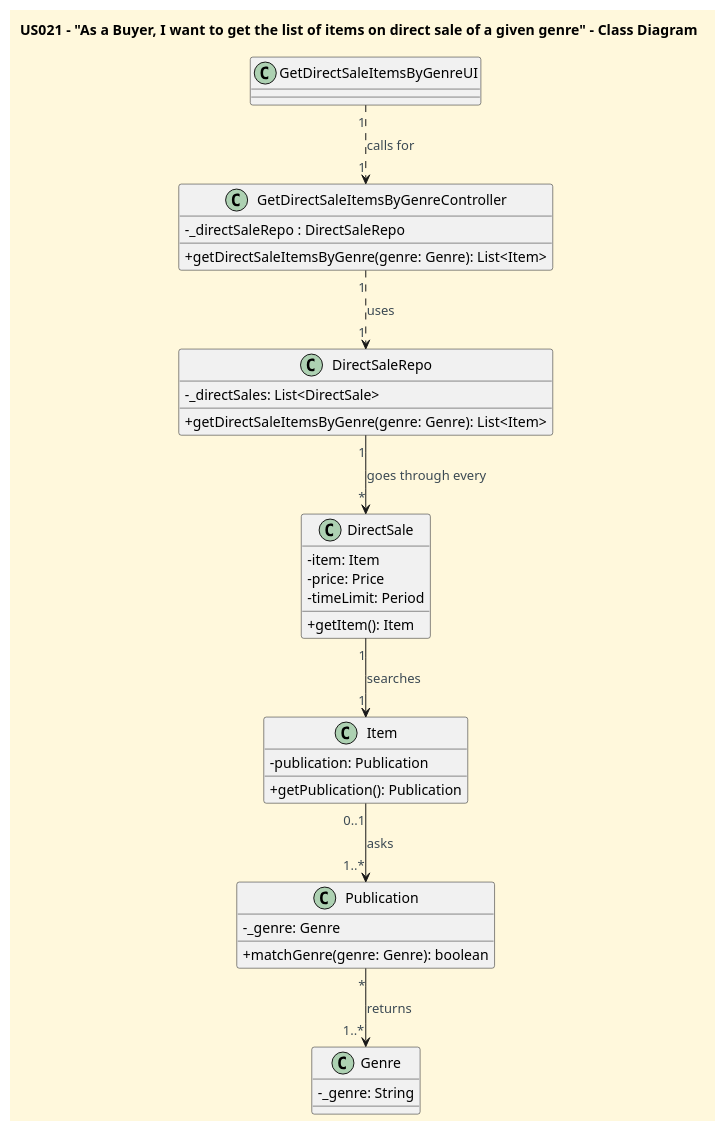
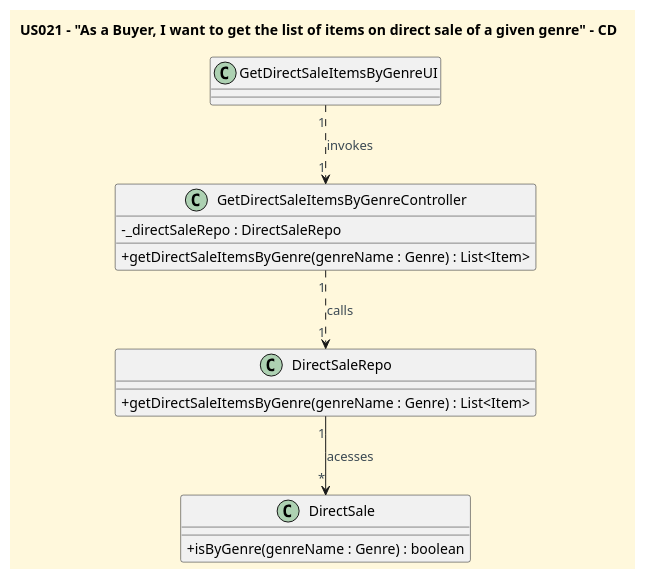
Before and after one commit to CarolinaLeite-collab/JavaMarketplacePlatform: the diagram in docs/userStories/US021/US021_get_list_of_items_on_direct_sale_of_given_genre_CD.puml, drawn with PlantUML. The commit also changed 1 other file, not shown here.

Commit message:
Refs #179: Updated SD and CD diagrams - US021

```diff
--- a/docs/userStories/US021/US021_get_list_of_items_on_direct_sale_of_given_genre_CD.puml
+++ b/docs/userStories/US021/US021_get_list_of_items_on_direct_sale_of_given_genre_CD.puml
@@ -1,59 +1,37 @@
 @startuml
-title US021 – "As a Buyer, I want to get the list of items on direct sale of a given genre" - Class Diagram
-
+title US021 – "As a Buyer, I want to get the list of items on direct sale of a given genre" - CD
 
 '==== basic style ====
 skinparam monochrome false
 skinparam shadowing false
 skinparam defaultFontName Futura
 skinparam objectFontSize 20
 skinparam backgroundColor CornSilk
 skinparam objectBackgroundColor WhiteSmoke
 skinparam noteBackgroundColor #FFFFE0
 skinparam ArrowFontColor #3B4953
 skinparam ActivationBackgroundColor black
 skinparam classAttributeIconSize 0
 
+
 class GetDirectSaleItemsByGenreUI {
 }
 
 class GetDirectSaleItemsByGenreController {
   - _directSaleRepo : DirectSaleRepo
-  +getDirectSaleItemsByGenre(genre: Genre): List<Item>
+  +getDirectSaleItemsByGenre(genreName : Genre) : List<Item>
 }
 
 class DirectSaleRepo {
-  -_directSales: List<DirectSale>
-  +getDirectSaleItemsByGenre(genre: Genre): List<Item>
+  +getDirectSaleItemsByGenre(genreName : Genre) : List<Item>
 }
 
 class DirectSale {
-  -item: Item
-  -price: Price
-  -timeLimit: Period
-  +getItem(): Item
++ isByGenre(genreName : Genre) : boolean
 }
 
-class Item {
-  -publication: Publication
-  +getPublication(): Publication
-}
-
-class Publication {
-  -_genre: Genre
-  +matchGenre(genre: Genre): boolean
-}
-
-class Genre {
-  -_genre: String
-}
-
-GetDirectSaleItemsByGenreUI "1"..>"1" GetDirectSaleItemsByGenreController : calls for
-GetDirectSaleItemsByGenreController "1"..>"1" DirectSaleRepo : uses
-
-DirectSaleRepo "1" --> "*" DirectSale : goes through every
-DirectSale "1" --> "1" Item : searches
-Item "0..1" --> "1..*" Publication : asks
-Publication "*" -->"1..*" Genre : returns
+GetDirectSaleItemsByGenreUI "1"..>"1" GetDirectSaleItemsByGenreController : invokes
+GetDirectSaleItemsByGenreController "1"..>"1" DirectSaleRepo : calls
+DirectSaleRepo "1" --> "*" DirectSale : acesses
 
 @enduml
```
